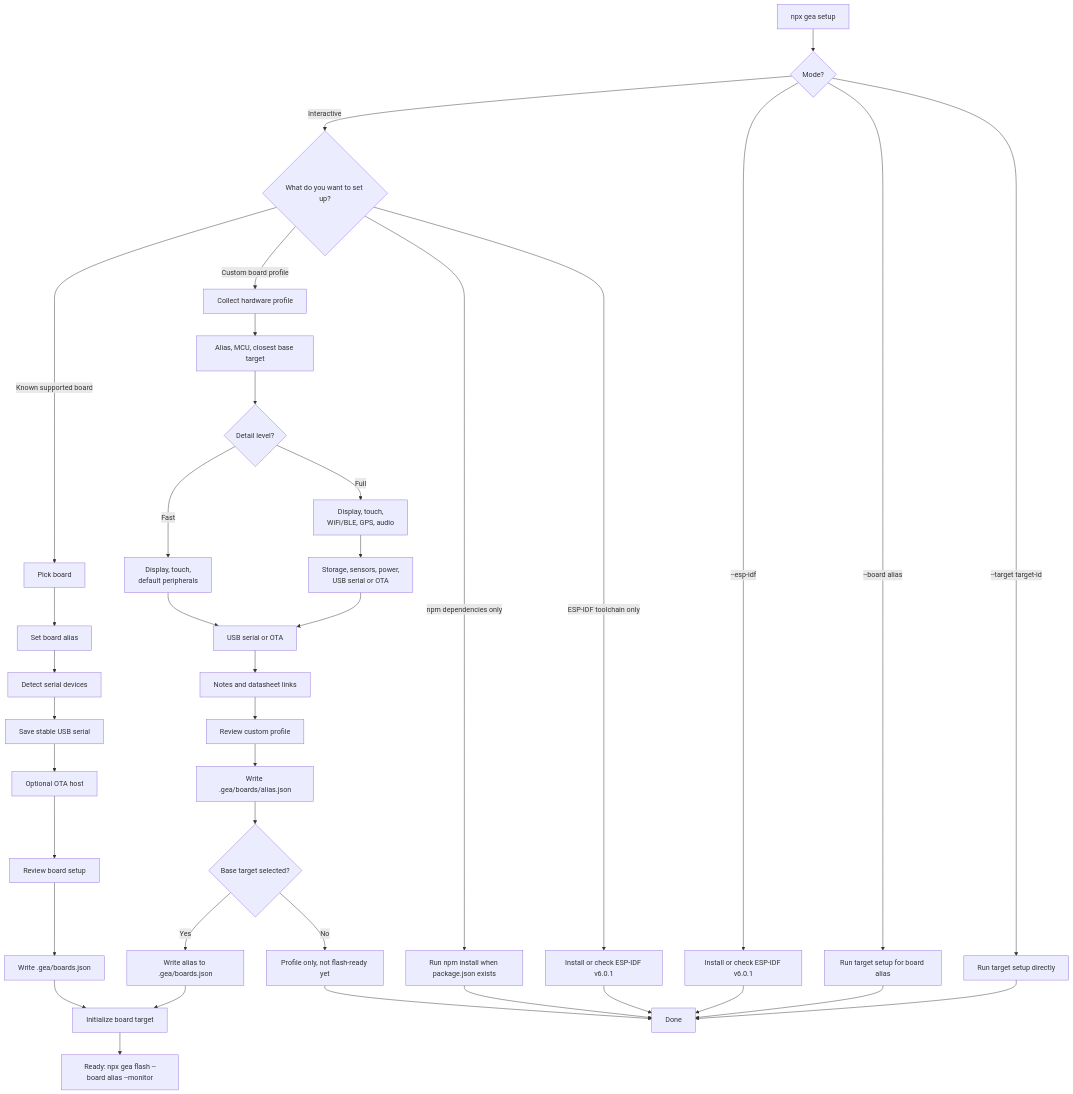
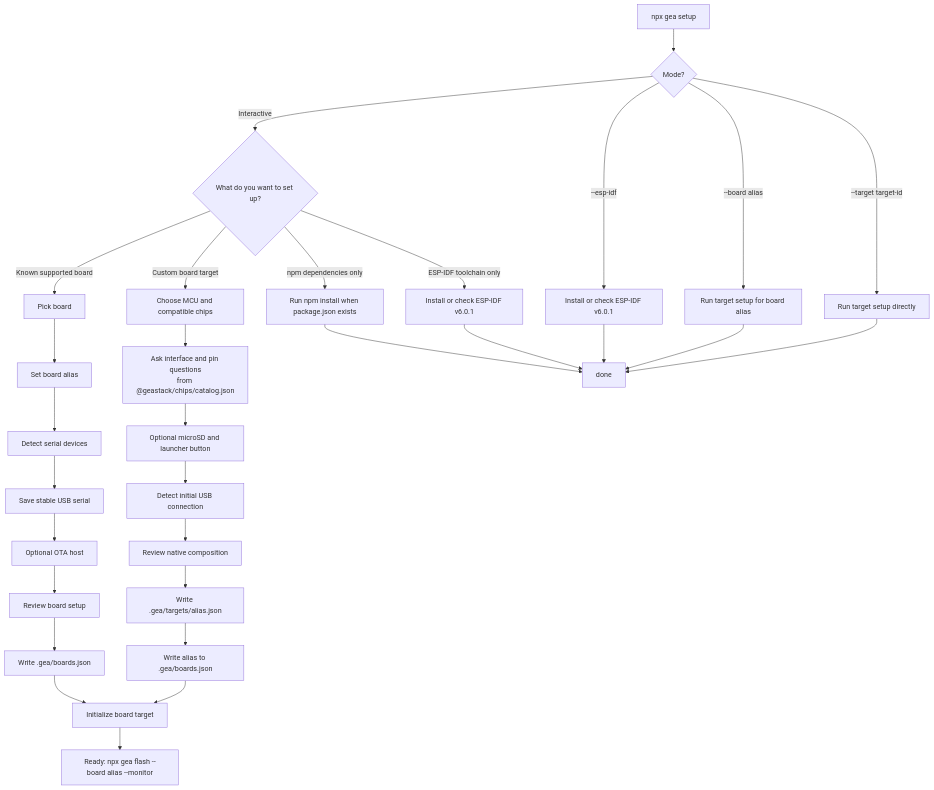
The second of 2 diagrams in README.md (geastack/cli), drawn with Mermaid before and after one commit. The commit also changed other lines of this file and 14 other files, not shown here.

First line of the commit message:
Add interactive custom board composition commands

````diff
--- a/README.md
+++ b/README.md
@@ -58,46 +58,38 @@
 ```mermaid
 flowchart TD
   setup["npx gea setup"] --> mode{"Mode?"}
 
   mode -->|"--esp-idf"| directIdf["Install or check ESP-IDF v6.0.1"]
   mode -->|"--board alias"| directBoard["Run target setup for board alias"]
   mode -->|"--target target-id"| directTarget["Run target setup directly"]
 
   mode -->|"Interactive"| interactive{"What do you want to set up?"}
 
   interactive -->|"Known supported board"| knownBoard["Pick board"]
   knownBoard --> alias["Set board alias"]
   alias --> serial["Detect serial devices"]
   serial --> saveSerial["Save stable USB serial"]
   saveSerial --> ota["Optional OTA host"]
   ota --> reviewKnown["Review board setup"]
   reviewKnown --> writeKnown["Write .gea/boards.json"]
 
-  interactive -->|"Custom board profile"| custom["Collect hardware profile"]
-  custom --> core["Alias, MCU, closest base target"]
-  core --> depth{"Detail level?"}
-  depth -->|"Full"| chips["Display, touch,<br/>WiFi/BLE, GPS, audio"]
-  depth -->|"Fast"| fast["Display, touch,<br/>default peripherals"]
-  chips --> peripherals["Storage, sensors, power,<br/>USB serial or OTA"]
-  fast --> connection["USB serial or OTA"]
-  peripherals --> connection
-  connection --> notes["Notes and datasheet links"]
-  notes --> reviewCustom["Review custom profile"]
-  reviewCustom --> writeProfile["Write .gea/boards/alias.json"]
-  writeProfile --> maybeAlias{"Base target selected?"}
-  maybeAlias -->|"Yes"| writeCustomAlias["Write alias to .gea/boards.json"]
-  maybeAlias -->|"No"| profileOnly["Profile only, not flash-ready yet"]
+  interactive -->|"Custom board target"| custom["Choose MCU and compatible chips"]
+  custom --> chipConfig["Ask interface and pin questions<br/>from @geastack/chips/catalog.json"]
+  chipConfig --> features["Optional microSD and launcher button"]
+  features --> connection["Detect initial USB connection"]
+  connection --> reviewCustom["Review native composition"]
+  reviewCustom --> writeProfile["Write .gea/targets/alias.json"]
+  writeProfile --> writeCustomAlias["Write alias to .gea/boards.json"]
 
   interactive -->|"npm dependencies only"| npmInstall["Run npm install when package.json exists"]
   interactive -->|"ESP-IDF toolchain only"| idfOnly["Install or check ESP-IDF v6.0.1"]
 
   writeKnown --> initialize["Initialize board target"]
   writeCustomAlias --> initialize
   initialize --> ready["Ready: npx gea flash --board alias --monitor"]
-  profileOnly --> done["Done"]
   npmInstall --> done
   idfOnly --> done
   directIdf --> done
   directBoard --> done
   directTarget --> done
 ```
````
